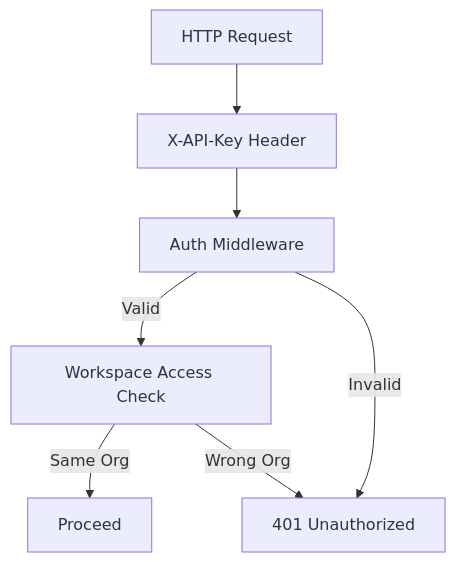
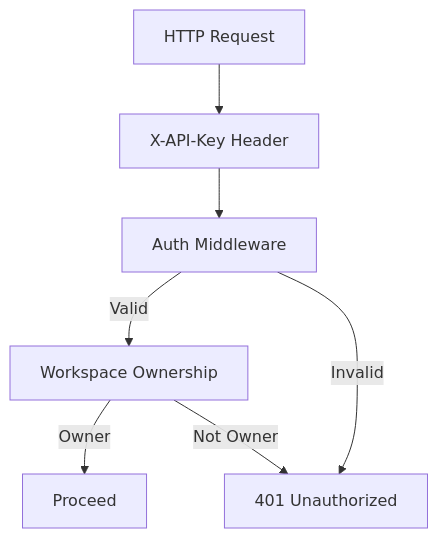
The seventh of 7 diagrams in docs/ARCHITECTURE.md (hwvaj12/contextvault), drawn with Mermaid before and after one commit. The commit also changed other lines of this file, not shown here.

First line of the commit message:
docs: update architecture to reflect Git-native storage

````diff
--- a/docs/ARCHITECTURE.md
+++ b/docs/ARCHITECTURE.md
@@ -345,16 +270,16 @@
 ```mermaid
 graph TB
     Request["HTTP Request"]
     APIKey["X-API-Key Header"]
     Auth["Auth Middleware"]
-    Workspace["Workspace Access Check"]
+    Workspace["Workspace Ownership"]
     Denied["401 Unauthorized"]
     Allowed["Proceed"]
 
     Request --> APIKey
     APIKey --> Auth
     Auth -->|Valid| Workspace
     Auth -->|Invalid| Denied
-    Workspace -->|Same Org| Allowed
-    Workspace -->|Wrong Org| Denied
+    Workspace -->|Owner| Allowed
+    Workspace -->|Not Owner| Denied
 ```
````
